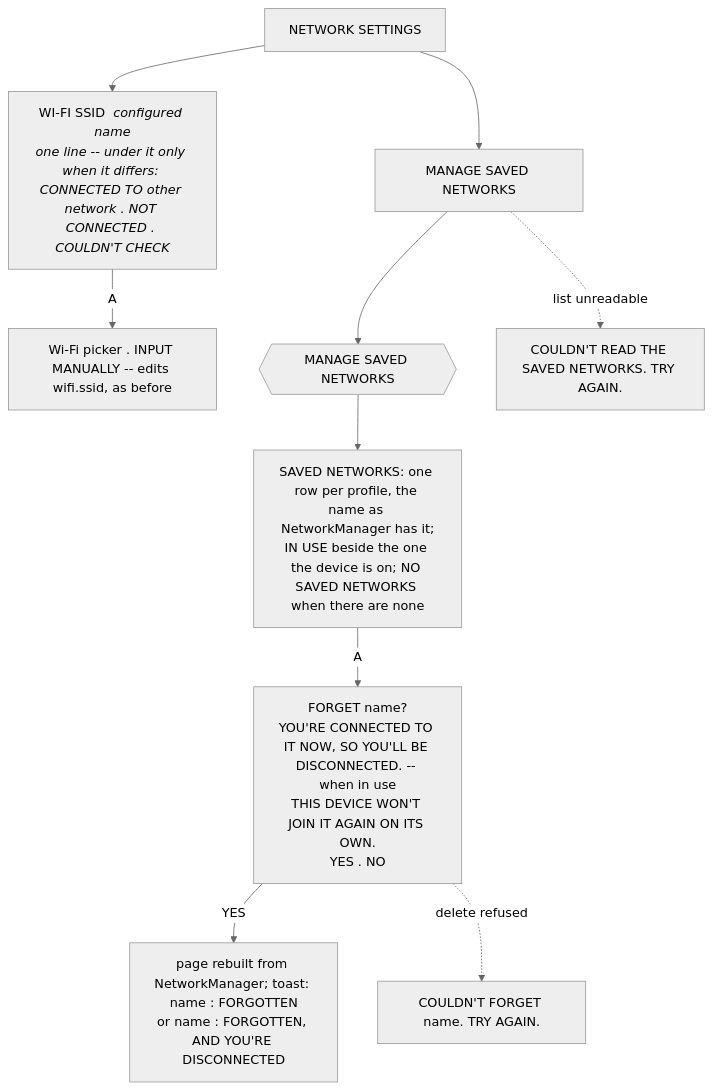
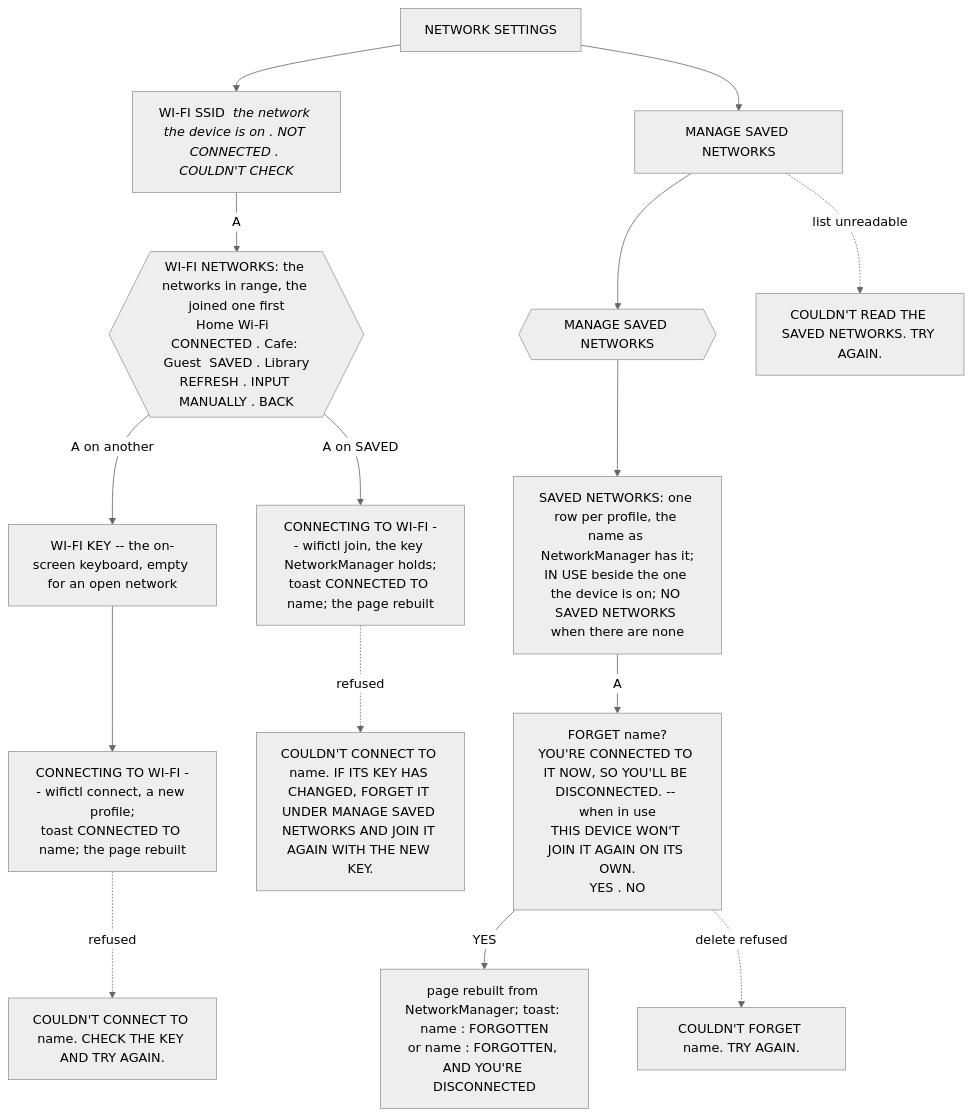
One commit to maxengel/rocknix changed the third of 4 diagrams in docs/es-menu-map.md. Above: the diagram before and after it, drawn with Mermaid (neutral theme). The commit also changed other lines of this file and 3 other files, not shown here.

````diff
--- a/docs/es-menu-map.md
+++ b/docs/es-menu-map.md
@@ -175,12 +176,17 @@
 ```mermaid
 flowchart TD
-    NET[NETWORK SETTINGS] --> SSID[WI-FI SSID  <i>configured name</i><br/><i>one line -- under it only when it differs: CONNECTED TO other network . NOT CONNECTED . COULDN'T CHECK</i>]
-    SSID -->|A| PICK[Wi-Fi picker . INPUT MANUALLY -- edits wifi.ssid, as before]
+    NET[NETWORK SETTINGS] --> SSID[WI-FI SSID  <i>the network the device is on . NOT CONNECTED . COULDN'T CHECK</i>]
+    SSID -->|A| PICK{{WI-FI NETWORKS: the networks in range, the joined one first<br/>Home Wi-Fi  CONNECTED . Cafe: Guest  SAVED . Library<br/>REFRESH . INPUT MANUALLY . BACK}}
+    PICK -->|A on SAVED| JOIN[CONNECTING TO WI-FI -- wifictl join, the key NetworkManager holds;<br/>toast CONNECTED TO name; the page rebuilt]
+    PICK -->|A on another| KEY[WI-FI KEY -- the on-screen keyboard, empty for an open network]
+    KEY --> CONN[CONNECTING TO WI-FI -- wifictl connect, a new profile;<br/>toast CONNECTED TO name; the page rebuilt]
+    JOIN -.->|refused| ERR3[COULDN'T CONNECT TO name. IF ITS KEY HAS CHANGED, FORGET IT UNDER MANAGE SAVED NETWORKS AND JOIN IT AGAIN WITH THE NEW KEY.]
+    CONN -.->|refused| ERR4[COULDN'T CONNECT TO name. CHECK THE KEY AND TRY AGAIN.]
     NET --> MN[MANAGE SAVED NETWORKS]
     MN --> PAGE{{MANAGE SAVED NETWORKS}}
     PAGE --> ROWS[SAVED NETWORKS: one row per profile, the name as NetworkManager has it;<br/>IN USE beside the one the device is on; NO SAVED NETWORKS when there are none]
     ROWS -->|A| ASK[FORGET name?<br/>YOU'RE CONNECTED TO IT NOW, SO YOU'LL BE DISCONNECTED. -- when in use<br/>THIS DEVICE WON'T JOIN IT AGAIN ON ITS OWN.<br/>YES . NO]
     ASK -->|YES| DONE[page rebuilt from NetworkManager; toast: name : FORGOTTEN<br/>or name : FORGOTTEN, AND YOU'RE DISCONNECTED]
     ASK -.->|delete refused| ERR[COULDN'T FORGET name. TRY AGAIN.]
     MN -.->|list unreadable| ERR2[COULDN'T READ THE SAVED NETWORKS. TRY AGAIN.]
 ```
````
